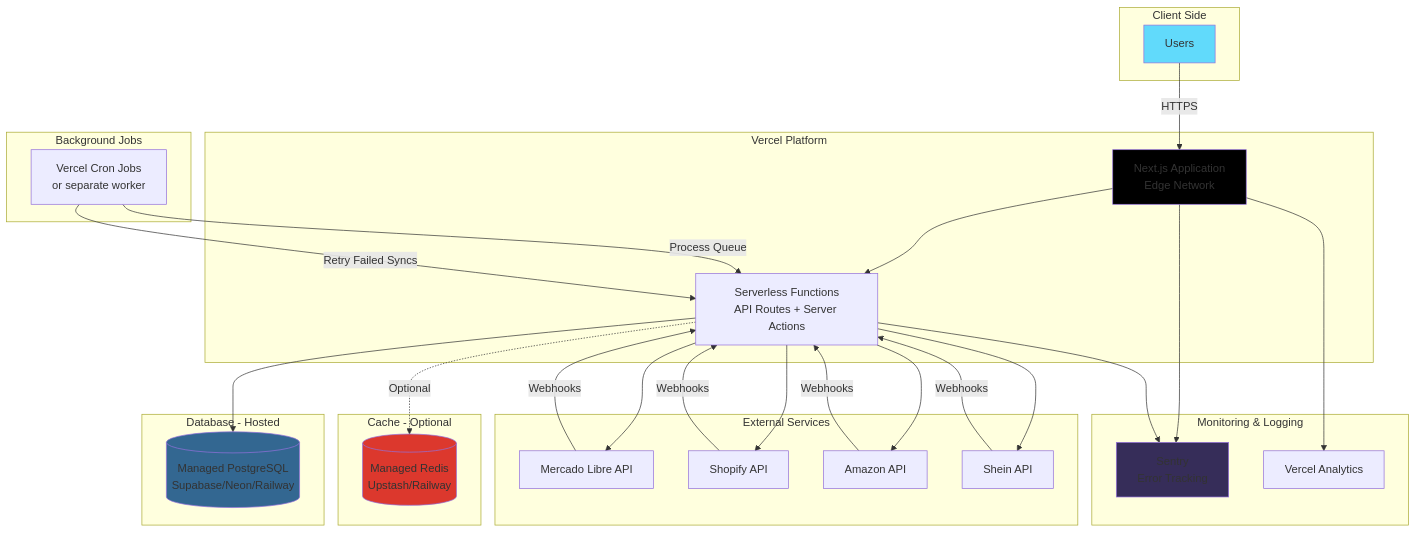
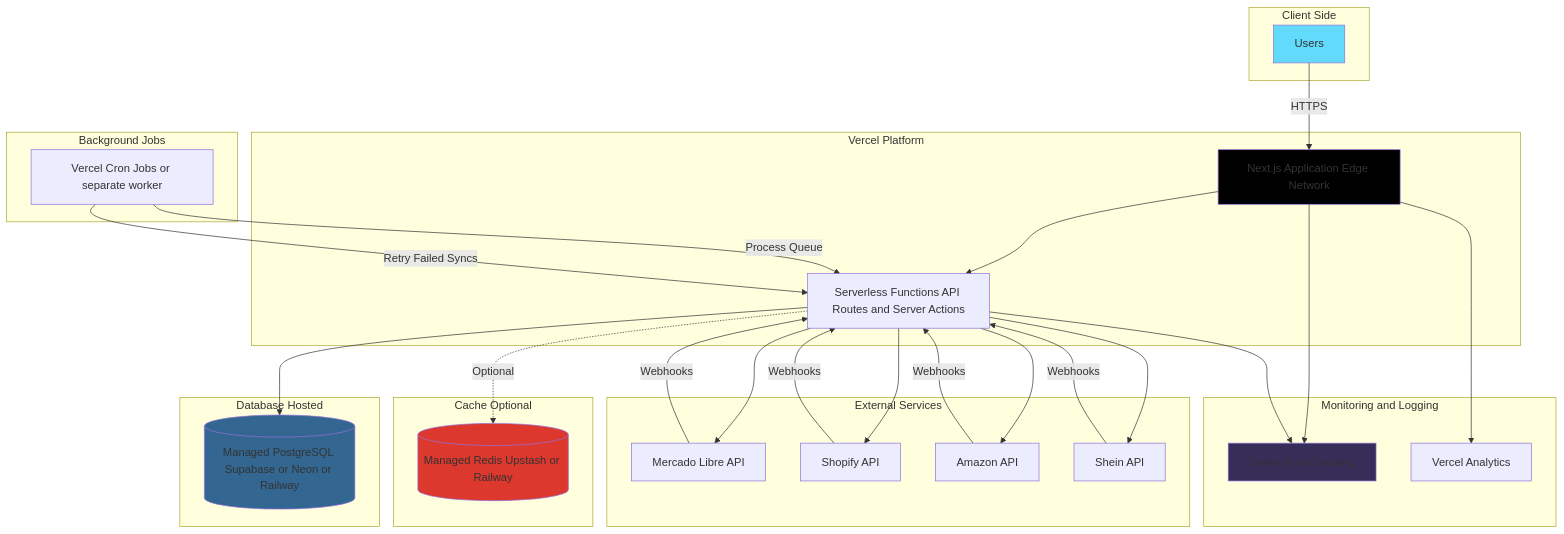
The tenth of 10 diagrams in architecture-diagrams.md (cesargasca/sales-channel-connector), drawn with Mermaid before and after one commit. The commit also changed other lines of this file, not shown here.

First line of the commit message:
Updates architecture diagrams for clarity

````diff
--- a/architecture-diagrams.md
+++ b/architecture-diagrams.md
@@ -821,64 +811,64 @@
 ```mermaid
 graph TB
     subgraph "Client Side"
         Users[Users]
     end
     
     subgraph "Vercel Platform"
-        NextApp[Next.js Application<br/>Edge Network]
-        ServerFunctions[Serverless Functions<br/>API Routes + Server Actions]
+        NextApp[Next.js Application Edge Network]
+        ServerFunctions[Serverless Functions API Routes and Server Actions]
     end
     
-    subgraph "Database - Hosted"
-        PostgresManaged[(Managed PostgreSQL<br/>Supabase/Neon/Railway)]
+    subgraph "Database Hosted"
+        PostgresManaged[(Managed PostgreSQL Supabase or Neon or Railway)]
     end
     
-    subgraph "Cache - Optional"
-        RedisManaged[(Managed Redis<br/>Upstash/Railway)]
+    subgraph "Cache Optional"
+        RedisManaged[(Managed Redis Upstash or Railway)]
     end
     
     subgraph "Background Jobs"
-        CronJobs[Vercel Cron Jobs<br/>or separate worker]
+        CronJobs[Vercel Cron Jobs or separate worker]
     end
     
     subgraph "External Services"
         ML_Service[Mercado Libre API]
         Shopify_Service[Shopify API]
         Amazon_Service[Amazon API]
         Shein_Service[Shein API]
     end
     
-    subgraph "Monitoring & Logging"
-        Sentry[Sentry<br/>Error Tracking]
+    subgraph "Monitoring and Logging"
+        Sentry[Sentry Error Tracking]
         Analytics[Vercel Analytics]
     end
     
     Users -->|HTTPS| NextApp
     NextApp --> ServerFunctions
     
     ServerFunctions --> PostgresManaged
     ServerFunctions -.->|Optional| RedisManaged
     
     ServerFunctions --> ML_Service
     ServerFunctions --> Shopify_Service
     ServerFunctions --> Amazon_Service
     ServerFunctions --> Shein_Service
     
     ML_Service -->|Webhooks| ServerFunctions
     Shopify_Service -->|Webhooks| ServerFunctions
     Amazon_Service -->|Webhooks| ServerFunctions
     Shein_Service -->|Webhooks| ServerFunctions
     
     CronJobs -->|Process Queue| ServerFunctions
     CronJobs -->|Retry Failed Syncs| ServerFunctions
     
     NextApp --> Sentry
     NextApp --> Analytics
     ServerFunctions --> Sentry
     
     style Users fill:#61dafb
     style NextApp fill:#000000
     style PostgresManaged fill:#336791
     style RedisManaged fill:#dc382d
     style Sentry fill:#362d59
 ```
````
